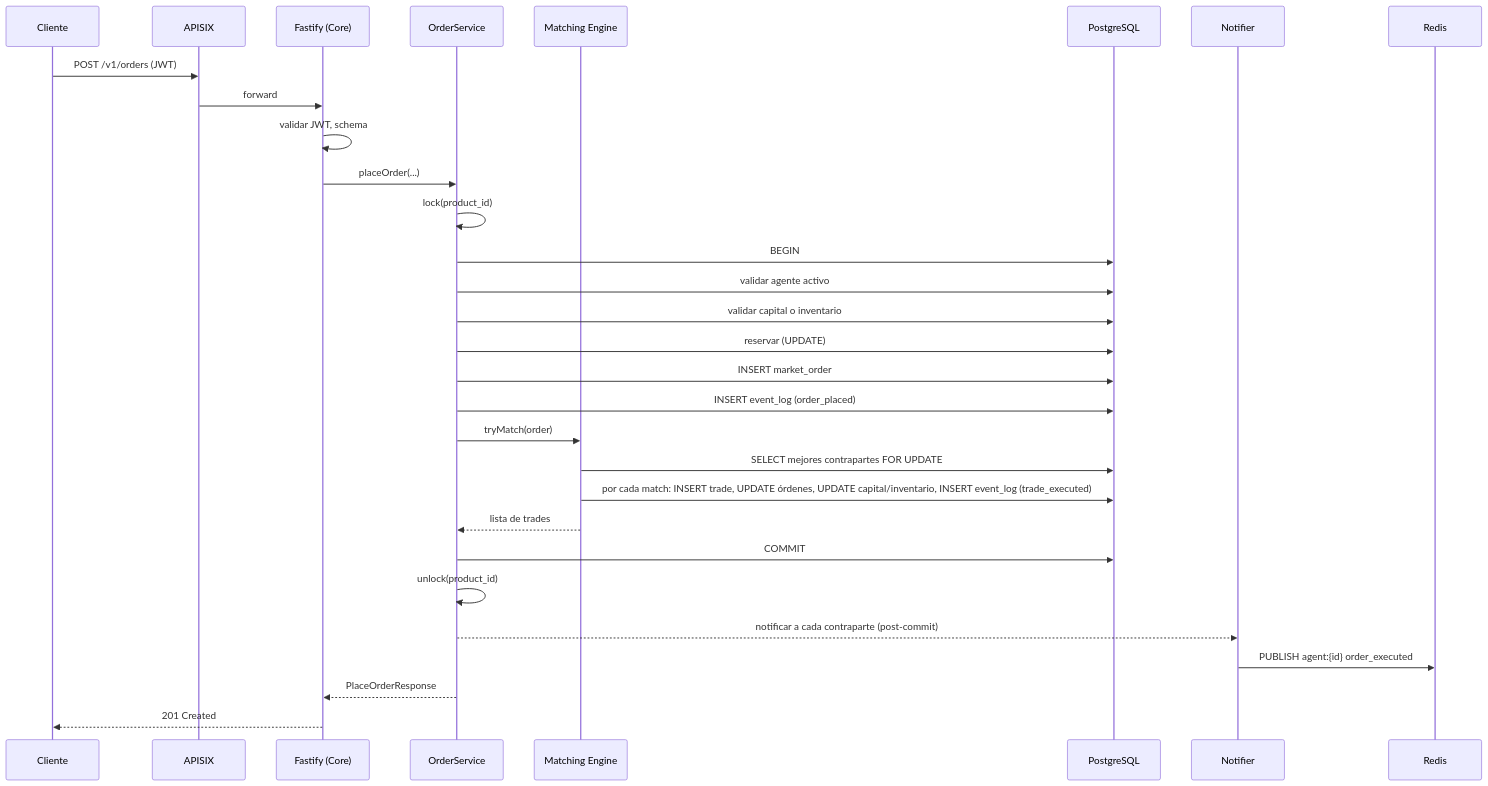
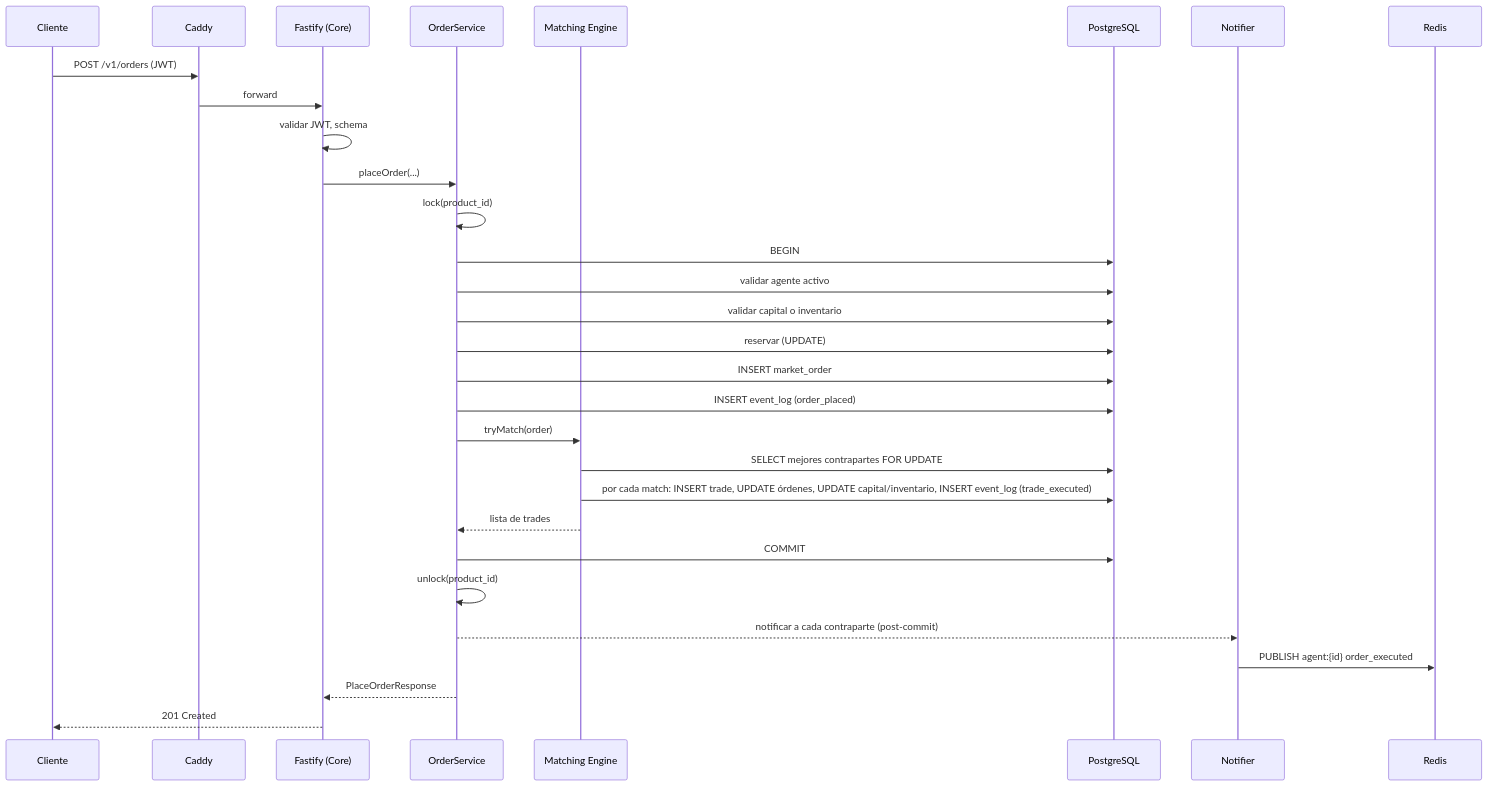
One commit to lokiteitor/Market-Simulator changed the fourth of 5 diagrams in docs/arquitectura_mercado_agricola.md. Above: the diagram before and after it, drawn with Mermaid. The commit also changed other lines of this file and 14 other files, not shown here.

Commit message:
Reemplazamos apisix por caddy

````diff
--- a/docs/arquitectura_mercado_agricola.md
+++ b/docs/arquitectura_mercado_agricola.md
@@ -207,33 +207,33 @@
 ```mermaid
 sequenceDiagram
     participant C as Cliente
-    participant A as APISIX
+    participant A as Caddy
     participant F as Fastify (Core)
     participant OS as OrderService
     participant ME as Matching Engine
     participant PG as PostgreSQL
     participant N as Notifier
     participant R as Redis
 
     C->>A: POST /v1/orders (JWT)
     A->>F: forward
     F->>F: validar JWT, schema
     F->>OS: placeOrder(...)
     OS->>OS: lock(product_id)
     OS->>PG: BEGIN
     OS->>PG: validar agente activo
     OS->>PG: validar capital o inventario
     OS->>PG: reservar (UPDATE)
     OS->>PG: INSERT market_order
     OS->>PG: INSERT event_log (order_placed)
     OS->>ME: tryMatch(order)
     ME->>PG: SELECT mejores contrapartes FOR UPDATE
     ME->>PG: por cada match: INSERT trade, UPDATE órdenes, UPDATE capital/inventario, INSERT event_log (trade_executed)
     ME-->>OS: lista de trades
     OS->>PG: COMMIT
     OS->>OS: unlock(product_id)
     OS-->>N: notificar a cada contraparte (post-commit)
     N->>R: PUBLISH agent:{id} order_executed
     OS-->>F: PlaceOrderResponse
     F-->>C: 201 Created
 ```
````
